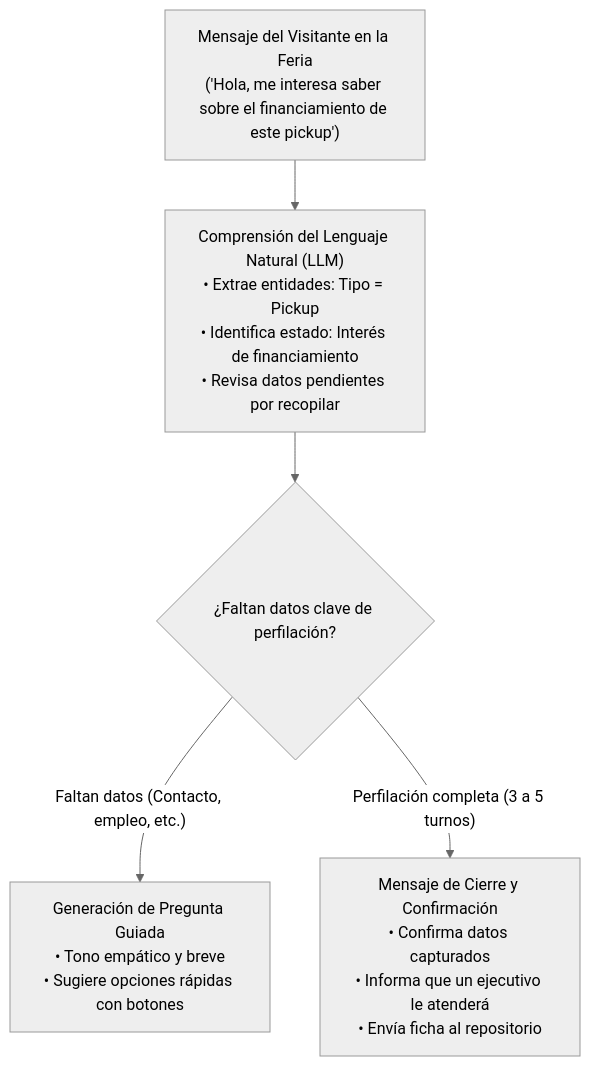
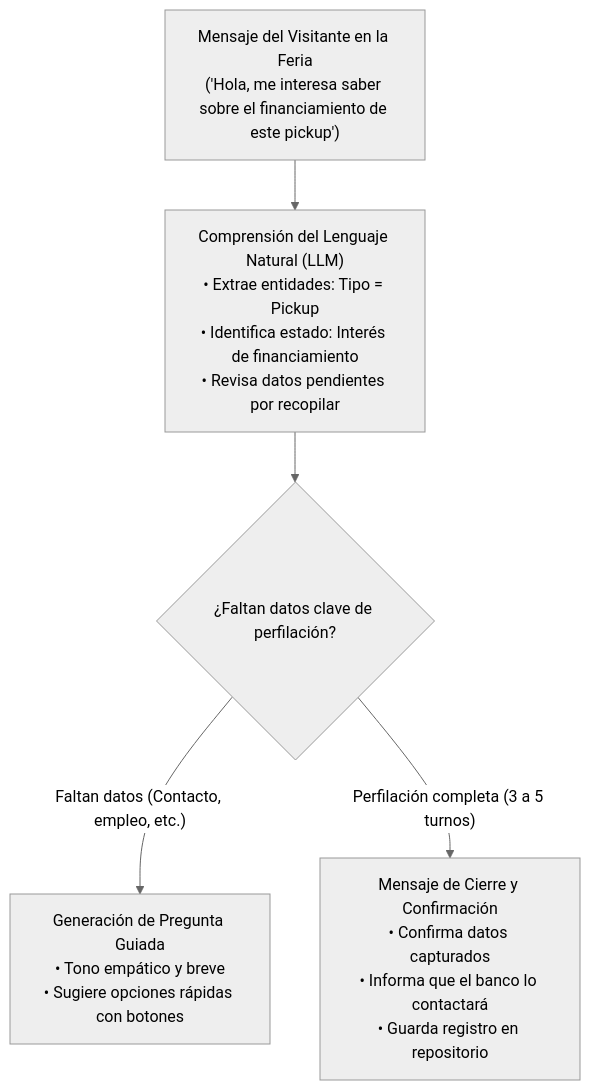
The third of 4 diagrams in innovation-cda/design/diseno-arquitectura-asesor-feria-autos.md (RBlasser/cda-celulas), drawn with Mermaid (neutral theme) before and after one commit. The commit also changed other lines of this file and 1 other file, not shown here.

````diff
--- a/innovation-cda/design/diseno-arquitectura-asesor-feria-autos.md
+++ b/innovation-cda/design/diseno-arquitectura-asesor-feria-autos.md
@@ -153,10 +171,10 @@
 ```mermaid
 flowchart TD
     INBOUND["Mensaje del Visitante en la Feria<br>('Hola, me interesa saber sobre el financiamiento de este pickup')"] --> NLU["Comprensión del Lenguaje Natural (LLM)<br>• Extrae entidades: Tipo = Pickup<br>• Identifica estado: Interés de financiamiento<br>• Revisa datos pendientes por recopilar"]
     
     NLU --> CHECK{"¿Faltan datos clave de perfilación?"}
     
     CHECK -->|"Faltan datos (Contacto, empleo, etc.)"| PROMPT["Generación de Pregunta Guiada<br>• Tono empático y breve<br>• Sugiere opciones rápidas con botones"]
     
-    CHECK -->|"Perfilación completa (3 a 5 turnos)"| CONFIRM["Mensaje de Cierre y Confirmación<br>• Confirma datos capturados<br>• Informa que un ejecutivo le atenderá<br>• Envía ficha al repositorio"]
+    CHECK -->|"Perfilación completa (3 a 5 turnos)"| CONFIRM["Mensaje de Cierre y Confirmación<br>• Confirma datos capturados<br>• Informa que el banco lo contactará<br>• Guarda registro en repositorio"]
 ```
````
